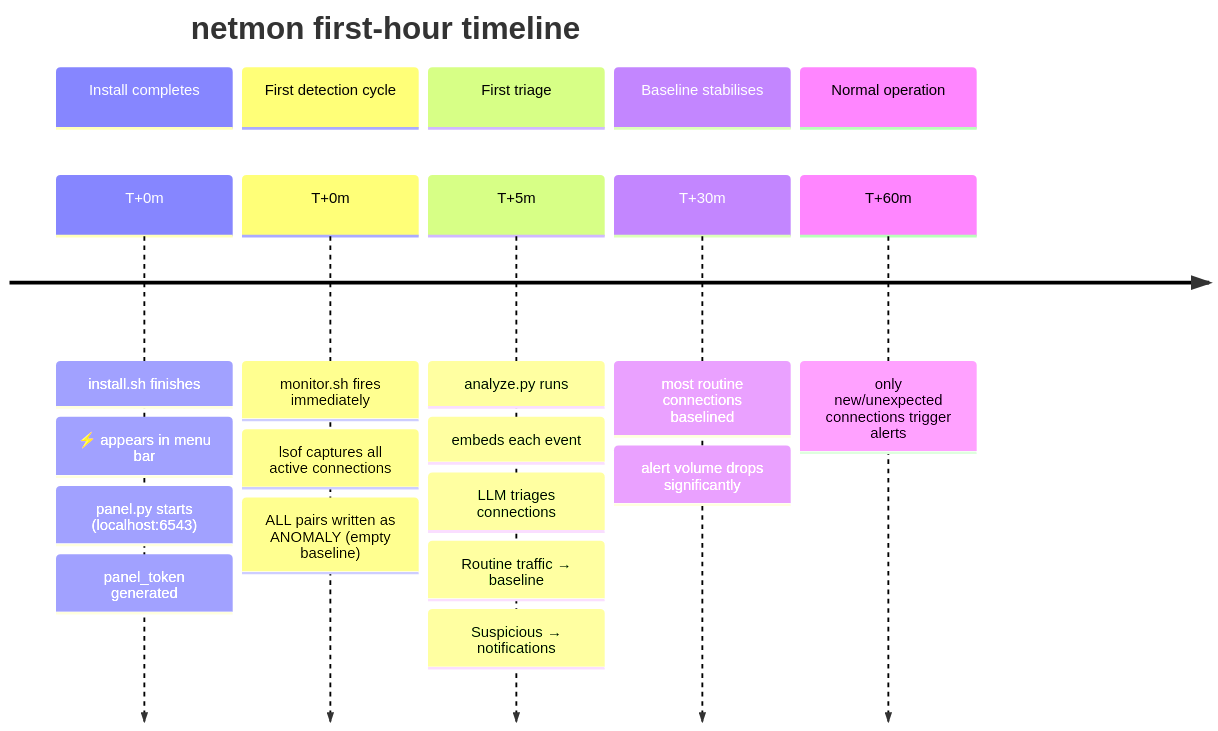
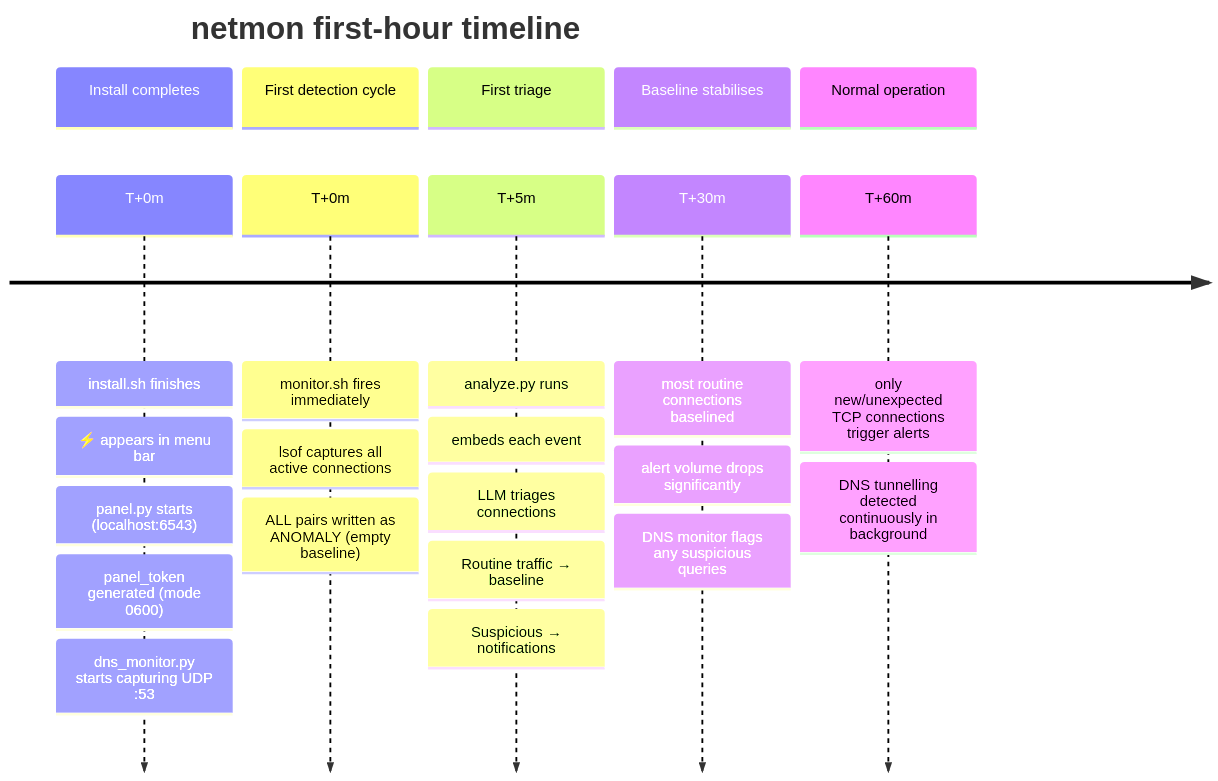
Before and after one commit to Algiras/netmon: the diagram in docs/first-run.md, drawn with Mermaid. The commit also changed 7 other files, not shown here.

````diff
--- a/docs/first-run.md
+++ b/docs/first-run.md
@@ -5,24 +5,27 @@
 ```mermaid
 timeline
     title netmon first-hour timeline
     section Install completes
         T+0m : install.sh finishes
              : ⚡ appears in menu bar
              : panel.py starts (localhost:6543)
-             : panel_token generated
+             : panel_token generated (mode 0600)
+             : dns_monitor.py starts capturing UDP :53
     section First detection cycle
         T+0m : monitor.sh fires immediately
              : lsof captures all active connections
              : ALL pairs written as ANOMALY (empty baseline)
     section First triage
         T+5m : analyze.py runs
              : embeds each event
              : LLM triages connections
              : Routine traffic → baseline
              : Suspicious → notifications
     section Baseline stabilises
         T+30m : most routine connections baselined
               : alert volume drops significantly
+              : DNS monitor flags any suspicious queries
     section Normal operation
-        T+60m : only new/unexpected connections trigger alerts
+        T+60m : only new/unexpected TCP connections trigger alerts
+              : DNS tunnelling detected continuously in background
 ```
````
